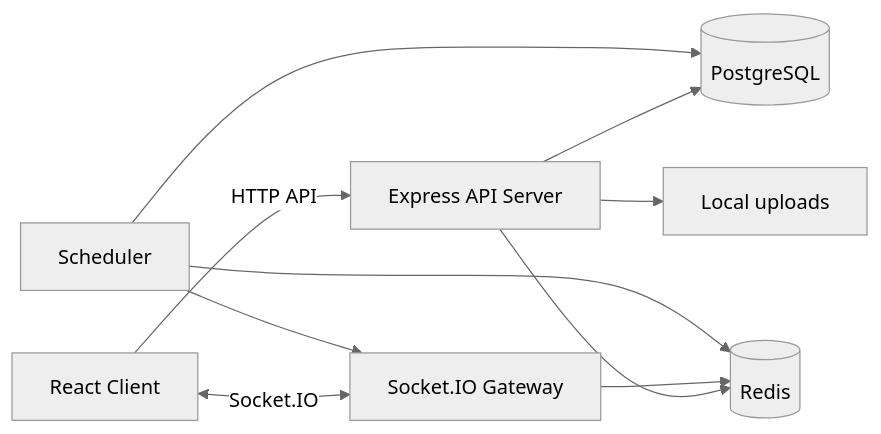
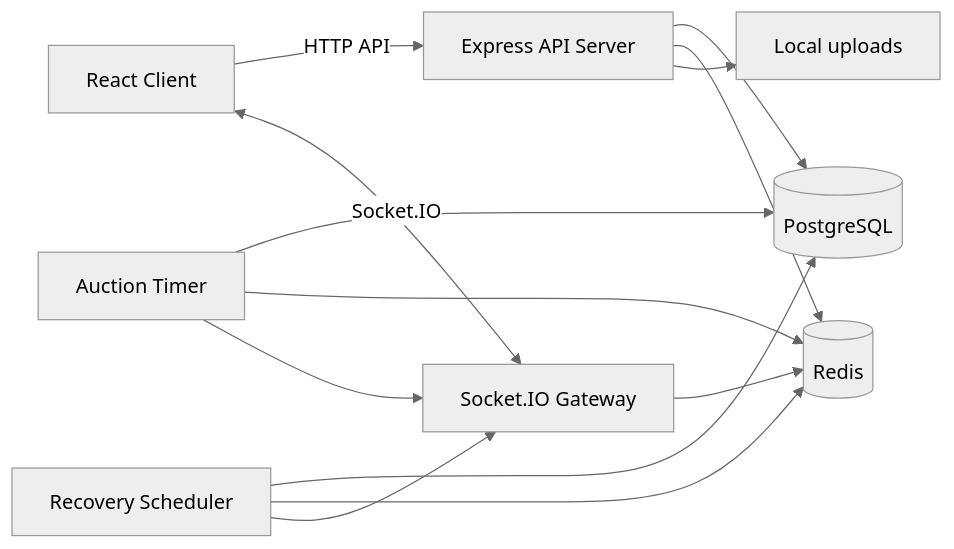
Before and after one commit to hurwan0629/potato-land: the first of 2 diagrams in docs/Potato-Land-Docs/07. 아키텍처/전체 서버 아키텍처.md, drawn with Mermaid (neutral theme). The commit also changed other lines of this file and 27 other files, not shown here.

Commit message:
docs: update docs and synchronize with front flow

````diff
--- a/docs/Potato-Land-Docs/07. 아키텍처/전체 서버 아키텍처.md
+++ b/docs/Potato-Land-Docs/07. 아키텍처/전체 서버 아키텍처.md
@@ -9,12 +9,15 @@
 ```mermaid
 flowchart LR
     Client[React Client] -->|HTTP API| API[Express API Server]
     Client <-->|Socket.IO| Socket[Socket.IO Gateway]
     API --> PG[(PostgreSQL)]
     API --> Redis[(Redis)]
     Socket --> Redis
-    Scheduler[Scheduler] --> PG
-    Scheduler --> Redis
-    Scheduler --> Socket
+    Timer[Auction Timer] --> PG
+    Timer --> Redis
+    Timer --> Socket
+    Recovery[Recovery Scheduler] --> PG
+    Recovery --> Redis
+    Recovery --> Socket
     API --> Uploads[Local uploads]
 ```
````
